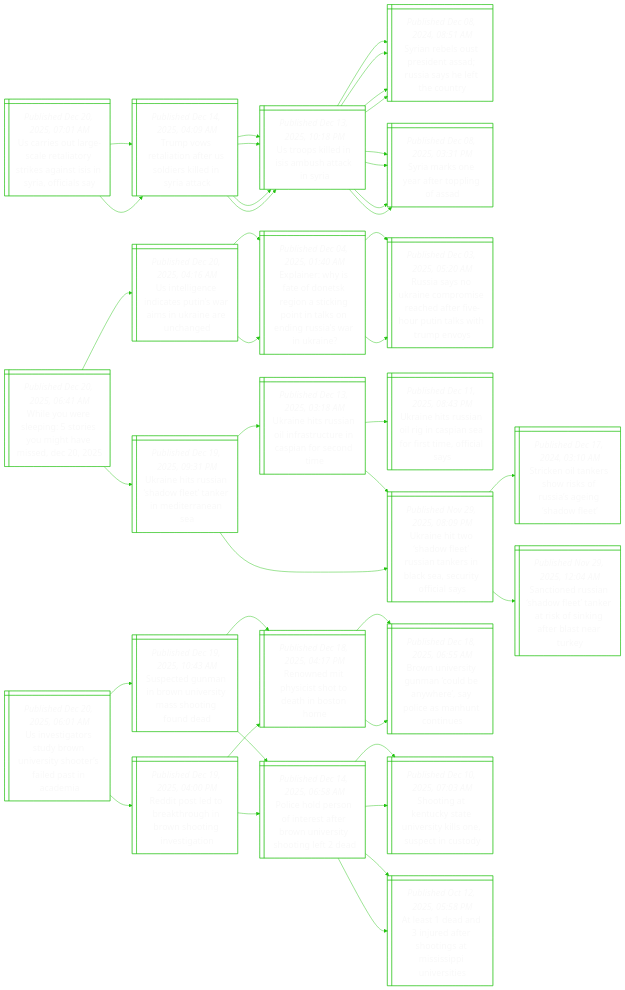
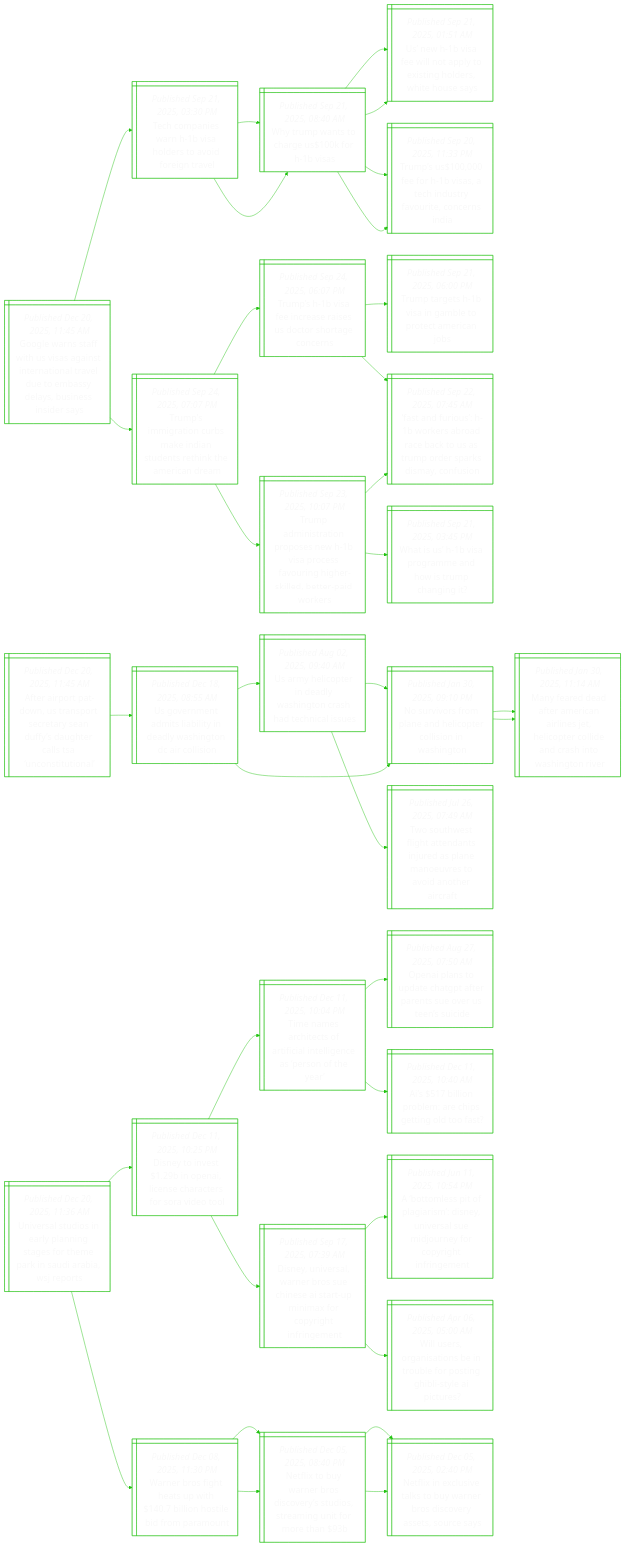
Before and after one commit to notJmes/notJmes: the diagram in README.md, drawn with Mermaid. The commit also changed other lines of this file, not shown here.

````diff
--- a/README.md
+++ b/README.md
@@ -16,130 +16,115 @@
 flowchart LR
 classDef txtsize font-size:20px;
 
-UruglaorasSrfl@{ shape: win-pane, label: "_Published Dec 20, 2025, 07:01 AM_
-Us carries out large-scale retaliatory strikes against isis in syria, officials say" }
-TveaaUdkdrt@{ shape: win-pane, label: "_Published Dec 14, 2025, 04:09 AM_
-Trump vows retaliation after us soldiers killed in syria attack" }
-Uolnahcy@{ shape: win-pane, label: "_Published Dec 13, 2025, 10:18 PM_
-Us troops killed in isis ambush attack in syria" }
-SnltiARahtoy@{ shape: win-pane, label: "_Published Dec 08, 2024, 08:51 AM_
-Syrian rebels oust president assad; russia says he left the country" }
-Smoaepoa@{ shape: win-pane, label: "_Published Dec 08, 2025, 03:31 PM_
-Syria marks one year after toppling of assad" }
-Uolnahcy@{ shape: win-pane, label: "_Published Dec 13, 2025, 10:18 PM_
-Us troops killed in isis ambush attack in syria" }
-SnltiARahtoy@{ shape: win-pane, label: "_Published Dec 08, 2024, 08:51 AM_
-Syrian rebels oust president assad; russia says he left the country" }
-Smoaepoa@{ shape: win-pane, label: "_Published Dec 08, 2025, 03:31 PM_
-Syria marks one year after toppling of assad" }
-TveaaUdkdrt@{ shape: win-pane, label: "_Published Dec 14, 2025, 04:09 AM_
-Trump vows retaliation after us soldiers killed in syria attack" }
-Uolnahcy@{ shape: win-pane, label: "_Published Dec 13, 2025, 10:18 PM_
-Us troops killed in isis ambush attack in syria" }
-SnltiARahtoy@{ shape: win-pane, label: "_Published Dec 08, 2024, 08:51 AM_
-Syrian rebels oust president assad; russia says he left the country" }
-Smoaepoa@{ shape: win-pane, label: "_Published Dec 08, 2025, 03:31 PM_
-Syria marks one year after toppling of assad" }
-Uolnahcy@{ shape: win-pane, label: "_Published Dec 13, 2025, 10:18 PM_
-Us troops killed in isis ambush attack in syria" }
-SnltiARahtoy@{ shape: win-pane, label: "_Published Dec 08, 2024, 08:51 AM_
-Syrian rebels oust president assad; russia says he left the country" }
-Smoaepoa@{ shape: win-pane, label: "_Published Dec 08, 2025, 03:31 PM_
-Syria marks one year after toppling of assad" }
+GesfUainaavebdsnnr@{ shape: win-pane, label: "_Published Dec 20, 2025, 11:45 AM_
+Google warns staff with us visas against international travel due to embassy delays, business insider says" }
+Toiriltier@{ shape: win-pane, label: "_Published Sep 21, 2025, 03:30 PM_
+Tech companies warn h-1b visa holders to avoid foreign travel" }
+Wunceoi@{ shape: win-pane, label: "_Published Sep 21, 2025, 08:40 AM_
+Why trump wants to charge us$100k for h-1b visas" }
+UHaityigeiuy@{ shape: win-pane, label: "_Published Sep 21, 2025, 01:51 AM_
+Us’ new h-1b visa fee will not apply to existing holders, white house says" }
+TseBshsainsa@{ shape: win-pane, label: "_Published Sep 20, 2025, 11:33 PM_
+Trump’s us$100,000 fee for h-1b visas, a tech industry favourite, concerns india" }
+Wunceoi@{ shape: win-pane, label: "_Published Sep 21, 2025, 08:40 AM_
+Why trump wants to charge us$100k for h-1b visas" }
+UHaityigeiuy@{ shape: win-pane, label: "_Published Sep 21, 2025, 01:51 AM_
+Us’ new h-1b visa fee will not apply to existing holders, white house says" }
+TseBshsainsa@{ shape: win-pane, label: "_Published Sep 20, 2025, 11:33 PM_
+Trump’s us$100,000 fee for h-1b visas, a tech industry favourite, concerns india" }
+TsgobeadrnAce@{ shape: win-pane, label: "_Published Sep 24, 2025, 07:07 PM_
+Trump's immigration curbs make indian students rethink the american dream" }
+TssiaiSorcr@{ shape: win-pane, label: "_Published Sep 24, 2025, 06:07 PM_
+Trump’s h-1b visa fee increase raises us doctor shortage concerns" }
+TttigeoAcb@{ shape: win-pane, label: "_Published Sep 21, 2025, 06:00 PM_
+Trump targets h-1b visa in gamble to protect american jobs" }
+FniBeracSudaics@{ shape: win-pane, label: "_Published Sep 22, 2025, 07:45 AM_
+‘fast and furious’: h-1b workers abroad race back to us as trump order sparks dismay, confusion" }
+TaitreHaevnhibrwr@{ shape: win-pane, label: "_Published Sep 23, 2025, 10:07 PM_
+Trump administration proposes new h-1b visa process favouring higher-skilled, better-paid workers" }
+Wsvrmdspgt@{ shape: win-pane, label: "_Published Sep 21, 2025, 03:45 PM_
+What is us’ h-1b visa programme and how is trump changing it?" }
+FniBeracSudaics@{ shape: win-pane, label: "_Published Sep 22, 2025, 07:45 AM_
+‘fast and furious’: h-1b workers abroad race back to us as trump order sparks dismay, confusion" }
 
-UruglaorasSrfl:::txtsize --> TveaaUdkdrt:::txtsize
-TveaaUdkdrt:::txtsize --> Uolnahcy:::txtsize
-Uolnahcy:::txtsize --> SnltiARahtoy:::txtsize
-Uolnahcy:::txtsize --> Smoaepoa:::txtsize
-TveaaUdkdrt:::txtsize --> Uolnahcy:::txtsize
-Uolnahcy:::txtsize --> SnltiARahtoy:::txtsize
-Uolnahcy:::txtsize --> Smoaepoa:::txtsize
-UruglaorasSrfl:::txtsize --> TveaaUdkdrt:::txtsize
-TveaaUdkdrt:::txtsize --> Uolnahcy:::txtsize
-Uolnahcy:::txtsize --> SnltiARahtoy:::txtsize
-Uolnahcy:::txtsize --> Smoaepoa:::txtsize
-TveaaUdkdrt:::txtsize --> Uolnahcy:::txtsize
-Uolnahcy:::txtsize --> SnltiARahtoy:::txtsize
-Uolnahcy:::txtsize --> Smoaepoa:::txtsize
+GesfUainaavebdsnnr:::txtsize --> Toiriltier:::txtsize
+Toiriltier:::txtsize --> Wunceoi:::txtsize
+Wunceoi:::txtsize --> UHaityigeiuy:::txtsize
+Wunceoi:::txtsize --> TseBshsainsa:::txtsize
+Toiriltier:::txtsize --> Wunceoi:::txtsize
+Wunceoi:::txtsize --> UHaityigeiuy:::txtsize
+Wunceoi:::txtsize --> TseBshsainsa:::txtsize
+GesfUainaavebdsnnr:::txtsize --> TsgobeadrnAce:::txtsize
+TsgobeadrnAce:::txtsize --> TssiaiSorcr:::txtsize
+TssiaiSorcr:::txtsize --> TttigeoAcb:::txtsize
+TssiaiSorcr:::txtsize --> FniBeracSudaics:::txtsize
+TsgobeadrnAce:::txtsize --> TaitreHaevnhibrwr:::txtsize
+TaitreHaevnhibrwr:::txtsize --> Wsvrmdspgt:::txtsize
+TaitreHaevnhibrwr:::txtsize --> FniBeracSudaics:::txtsize
 
-WYresemhiD@{ shape: win-pane, label: "_Published Dec 20, 2025, 06:41 AM_
-While you were sleeping: 5 stories you might have missed, dec 20, 2025" }
-Ueenttasrace@{ shape: win-pane, label: "_Published Dec 20, 2025, 04:16 AM_
-Us intelligence indicates putin’s war aims in ukraine are unchanged" }
-EihaDsitnnannsake@{ shape: win-pane, label: "_Published Dec 04, 2025, 01:40 AM_
-Explainer: why is fate of donetsk region a sticking point in talks on ending russia’s war in ukraine?" }
-Ranaomedrhuaiuv@{ shape: win-pane, label: "_Published Dec 03, 2025, 05:20 AM_
-Russia says no ukraine compromise reached after five-hour putin talks with trump envoys" }
-EihaDsitnnannsake@{ shape: win-pane, label: "_Published Dec 04, 2025, 01:40 AM_
-Explainer: why is fate of donetsk region a sticking point in talks on ending russia’s war in ukraine?" }
-Ranaomedrhuaiuv@{ shape: win-pane, label: "_Published Dec 03, 2025, 05:20 AM_
-Russia says no ukraine compromise reached after five-hour putin talks with trump envoys" }
-UnsialaiiaS@{ shape: win-pane, label: "_Published Dec 19, 2025, 09:31 PM_
-Ukraine hits russian ‘shadow fleet’ tanker in mediterranean sea" }
-Unsilacipoom@{ shape: win-pane, label: "_Published Dec 13, 2025, 03:18 AM_
-Ukraine hits russian oil infrastructure in caspian for second time" }
-Unsilniaiifl@{ shape: win-pane, label: "_Published Dec 11, 2025, 08:43 PM_
-Ukraine hits russian oil rig in caspian sea for first time, official says" }
-UntaluneBScyca@{ shape: win-pane, label: "_Published Nov 29, 2025, 08:09 PM_
-Ukraine hit two ‘shadow fleet’ russian tankers in black sea, security official says" }
-UntaluneBScyca@{ shape: win-pane, label: "_Published Nov 29, 2025, 08:09 PM_
-Ukraine hit two ‘shadow fleet’ russian tankers in black sea, security official says" }
-Skleokusnde@{ shape: win-pane, label: "_Published Dec 17, 2024, 03:10 AM_
-Stricken oil tankers show risks of russia’s ageing ‘shadow fleet’" }
-SiRadentokfler@{ shape: win-pane, label: "_Published Nov 29, 2025, 12:04 AM_
-Sanctioned russian ‘shadow fleet’ tanker at risk of sinking after blast near turkey" }
+AardSsStefaelustl@{ shape: win-pane, label: "_Published Dec 20, 2025, 11:45 AM_
+After airport pat-down, us transport secretary sean duffy’s daughter calls tsa ‘unconstitutional’" }
+UeniateWnDcs@{ shape: win-pane, label: "_Published Dec 18, 2025, 08:55 AM_
+Us government admits liability in deadly washington dc air collision" }
+Uycraagrahle@{ shape: win-pane, label: "_Published Aug 02, 2025, 09:40 AM_
+Us army helicopter in deadly washington crash had technical issues" }
+Nvspaltloag@{ shape: win-pane, label: "_Published Jan 30, 2025, 09:10 PM_
+No survivors from plane and helicopter collision in washington" }
+Tusgtnjanoevnrr@{ shape: win-pane, label: "_Published Jul 26, 2025, 07:49 AM_
+Two southwest flight attendants injured as plane manoeuvres to avoid another aircraft" }
+Nvspaltloag@{ shape: win-pane, label: "_Published Jan 30, 2025, 09:10 PM_
+No survivors from plane and helicopter collision in washington" }
+Medfmaljltlaathoe@{ shape: win-pane, label: "_Published Jan 30, 2025, 11:14 AM_
+Many feared dead after american airlines jet, helicopter collide and crash into washington river" }
+Medfmaljltlaathoe@{ shape: win-pane, label: "_Published Jan 30, 2025, 11:14 AM_
+Many feared dead after american airlines jet, helicopter collide and crash into washington river" }
 
-WYresemhiD:::txtsize --> Ueenttasrace:::txtsize
-Ueenttasrace:::txtsize --> EihaDsitnnannsake:::txtsize
-EihaDsitnnannsake:::txtsize --> Ranaomedrhuaiuv:::txtsize
-Ueenttasrace:::txtsize --> EihaDsitnnannsake:::txtsize
-EihaDsitnnannsake:::txtsize --> Ranaomedrhuaiuv:::txtsize
-WYresemhiD:::txtsize --> UnsialaiiaS:::txtsize
-UnsialaiiaS:::txtsize --> Unsilacipoom:::txtsize
-Unsilacipoom:::txtsize --> Unsilniaiifl:::txtsize
-Unsilacipoom:::txtsize --> UntaluneBScyca:::txtsize
-UnsialaiiaS:::txtsize --> UntaluneBScyca:::txtsize
-UntaluneBScyca:::txtsize --> Skleokusnde:::txtsize
-UntaluneBScyca:::txtsize --> SiRadentokfler:::txtsize
+AardSsStefaelustl:::txtsize --> UeniateWnDcs:::txtsize
+UeniateWnDcs:::txtsize --> Uycraagrahle:::txtsize
+Uycraagrahle:::txtsize --> Nvspaltloag:::txtsize
+Uycraagrahle:::txtsize --> Tusgtnjanoevnrr:::txtsize
+UeniateWnDcs:::txtsize --> Nvspaltloag:::txtsize
+Nvspaltloag:::txtsize --> Medfmaljltlaathoe:::txtsize
+Nvspaltloag:::txtsize --> Medfmaljltlaathoe:::txtsize
 
-UeasBUrseiaam@{ shape: win-pane, label: "_Published Dec 20, 2025, 06:01 AM_
-Us investigators study brown university shooter’s failed past in academia" }
-Scuiwvtstoe@{ shape: win-pane, label: "_Published Dec 19, 2025, 10:43 AM_
-Suspected gunman in brown university mass shooting found dead" }
-RnTisohso@{ shape: win-pane, label: "_Published Dec 18, 2025, 04:17 PM_
-Renowned mit physicist shot to death in boston home" }
-BUrgndyeoahou@{ shape: win-pane, label: "_Published Dec 18, 2025, 06:55 AM_
-Brown university gunman ‘could be anywhere’, say police as manhunt continues" }
-Pepnttrneytea@{ shape: win-pane, label: "_Published Dec 14, 2025, 06:58 AM_
-Police hold person of interest after brown university shooting left 2 dead" }
-SiKcaiileecd@{ shape: win-pane, label: "_Published Dec 10, 2025, 07:03 AM_
-Shooting at kentucky state university kills one, suspect in custody" }
-Asdndrtaspii@{ shape: win-pane, label: "_Published Oct 12, 2025, 05:58 PM_
-At least 1 dead and 3 injured after shootings at mississippi universities" }
-Rtlbtgrhnea@{ shape: win-pane, label: "_Published Dec 19, 2025, 04:00 PM_
-Reddit post led to breakthrough in brown shooting investigation" }
-Pepnttrneytea@{ shape: win-pane, label: "_Published Dec 14, 2025, 06:58 AM_
-Police hold person of interest after brown university shooting left 2 dead" }
-SiKcaiileecd@{ shape: win-pane, label: "_Published Dec 10, 2025, 07:03 AM_
-Shooting at kentucky state university kills one, suspect in custody" }
-Asdndrtaspii@{ shape: win-pane, label: "_Published Oct 12, 2025, 05:58 PM_
-At least 1 dead and 3 injured after shootings at mississippi universities" }
-RnTisohso@{ shape: win-pane, label: "_Published Dec 18, 2025, 04:17 PM_
-Renowned mit physicist shot to death in boston home" }
-BUrgndyeoahou@{ shape: win-pane, label: "_Published Dec 18, 2025, 06:55 AM_
-Brown university gunman ‘could be anywhere’, say police as manhunt continues" }
+Urtsragetpniirt@{ shape: win-pane, label: "_Published Dec 20, 2025, 11:36 AM_
+Universal studios in early planning stages for theme park in saudi arabia, wsj reports" }
+Dyvincccfrel@{ shape: win-pane, label: "_Published Dec 11, 2025, 10:25 PM_
+Disney to invest $1.29b in openai, license characters for sora video tool" }
+TareffllnPne@{ shape: win-pane, label: "_Published Dec 11, 2025, 10:04 PM_
+Time names architects of artificial intelligence as ‘person of the year’" }
+OIsdhTrneUnc@{ shape: win-pane, label: "_Published Aug 27, 2025, 07:50 AM_
+Openai plans to update chatgpt after parents sue over us teen’s suicide" }
+Alpecgnts@{ shape: win-pane, label: "_Published Dec 11, 2025, 10:40 AM_
+Ai’s $517 billion problem: are chips getting old too fast?" }
+DyeWrsiArixogfe@{ shape: win-pane, label: "_Published Sep 17, 2025, 07:39 AM_
+Disney, universal, warner bros sue chinese ai start-up minimax for copyright infringement" }
+Aosfimevliroytie@{ shape: win-pane, label: "_Published Jun 11, 2025, 10:54 PM_
+A ‘bottomless pit of plagiarism’: disney, universal sue midjourney for copyright infringement" }
+WsrsnnbriitIu@{ shape: win-pane, label: "_Published Apr 06, 2025, 05:00 AM_
+Will users, organisations be in trouble for posting ghibli-style ai pictures?" }
+Wrfhuhisboat@{ shape: win-pane, label: "_Published Dec 08, 2025, 11:30 PM_
+Warner bros fight heats up with $140.7 billion hostile bid from paramount" }
+Niunocydtiimh@{ shape: win-pane, label: "_Published Dec 05, 2025, 08:40 PM_
+Netflix to buy warner bros discovery’s studios, streaming unit for more than $93b" }
+Nixilbrrsreua@{ shape: win-pane, label: "_Published Dec 05, 2025, 02:40 PM_
+Netflix in exclusive talks to buy warner bros discovery assets, source says" }
+Niunocydtiimh@{ shape: win-pane, label: "_Published Dec 05, 2025, 08:40 PM_
+Netflix to buy warner bros discovery’s studios, streaming unit for more than $93b" }
+Nixilbrrsreua@{ shape: win-pane, label: "_Published Dec 05, 2025, 02:40 PM_
+Netflix in exclusive talks to buy warner bros discovery assets, source says" }
 
-UeasBUrseiaam:::txtsize --> Scuiwvtstoe:::txtsize
-Scuiwvtstoe:::txtsize --> RnTisohso:::txtsize
-RnTisohso:::txtsize --> BUrgndyeoahou:::txtsize
-Scuiwvtstoe:::txtsize --> Pepnttrneytea:::txtsize
-Pepnttrneytea:::txtsize --> SiKcaiileecd:::txtsize
-Pepnttrneytea:::txtsize --> Asdndrtaspii:::txtsize
-UeasBUrseiaam:::txtsize --> Rtlbtgrhnea:::txtsize
-Rtlbtgrhnea:::txtsize --> Pepnttrneytea:::txtsize
-Pepnttrneytea:::txtsize --> SiKcaiileecd:::txtsize
-Pepnttrneytea:::txtsize --> Asdndrtaspii:::txtsize
-Rtlbtgrhnea:::txtsize --> RnTisohso:::txtsize
-RnTisohso:::txtsize --> BUrgndyeoahou:::txtsize
+Urtsragetpniirt:::txtsize --> Dyvincccfrel:::txtsize
+Dyvincccfrel:::txtsize --> TareffllnPne:::txtsize
+TareffllnPne:::txtsize --> OIsdhTrneUnc:::txtsize
+TareffllnPne:::txtsize --> Alpecgnts:::txtsize
+Dyvincccfrel:::txtsize --> DyeWrsiArixogfe:::txtsize
+DyeWrsiArixogfe:::txtsize --> Aosfimevliroytie:::txtsize
+DyeWrsiArixogfe:::txtsize --> WsrsnnbriitIu:::txtsize
+Urtsragetpniirt:::txtsize --> Wrfhuhisboat:::txtsize
+Wrfhuhisboat:::txtsize --> Niunocydtiimh:::txtsize
+Niunocydtiimh:::txtsize --> Nixilbrrsreua:::txtsize
+Wrfhuhisboat:::txtsize --> Niunocydtiimh:::txtsize
+Niunocydtiimh:::txtsize --> Nixilbrrsreua:::txtsize
 
 ```
````
